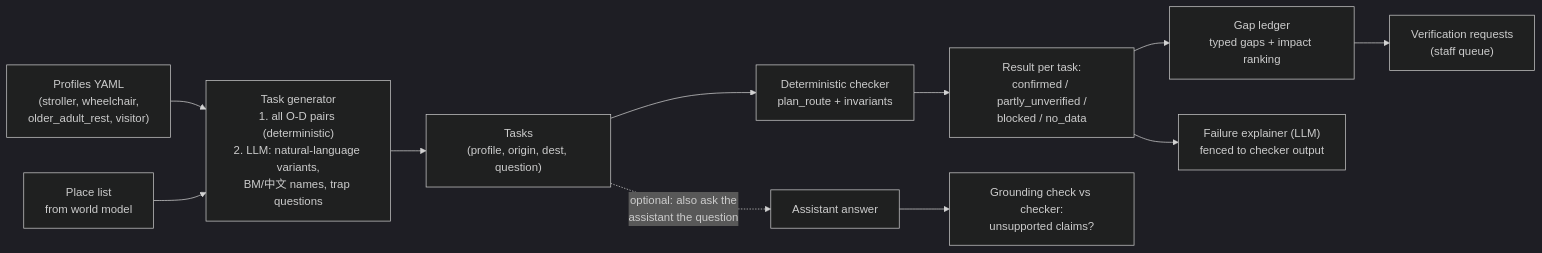
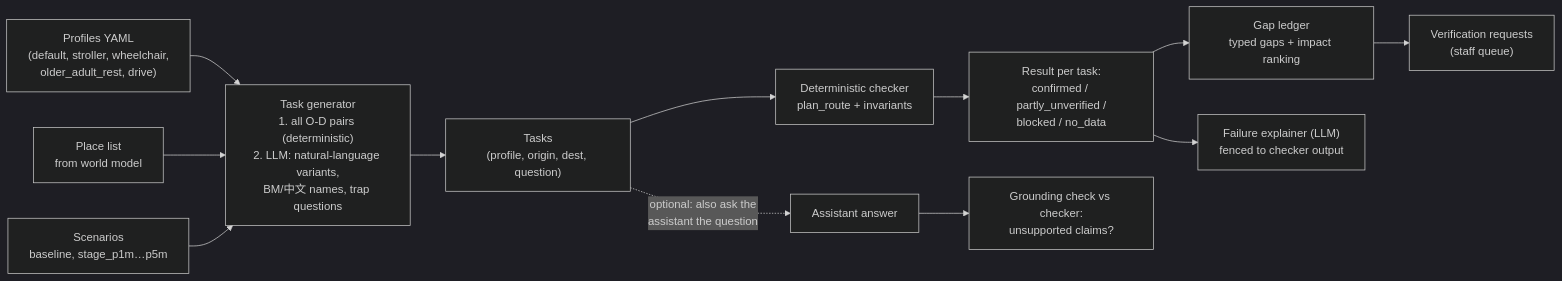
One commit to TIONYUNZHE2004/SunNewBee changed the diagram in docs/04-architecture/resident-agents-design.md. Above: the diagram before and after it, drawn with Mermaid (dark theme). The commit also changed other lines of this file and 38 other files, not shown here.

````diff
--- a/docs/04-architecture/resident-agents-design.md
+++ b/docs/04-architecture/resident-agents-design.md
@@ -17,13 +17,14 @@
 ```mermaid
 flowchart LR
-  P["Profiles YAML<br/>(stroller, wheelchair,<br/>older_adult_rest, visitor)"] --> TG
+  P["Profiles YAML<br/>(default, stroller, wheelchair,<br/>older_adult_rest, drive)"] --> TG
   PL["Place list<br/>from world model"] --> TG
+  SCN["Scenarios<br/>baseline, stage_p1m…p5m"] --> TG
   TG["Task generator<br/>1. all O-D pairs (deterministic)<br/>2. LLM: natural-language variants,<br/>BM/中文 names, trap questions"] --> T["Tasks<br/>(profile, origin, dest, question)"]
   T --> CK["Deterministic checker<br/>plan_route + invariants"]
   CK --> R["Result per task:<br/>confirmed / partly_unverified /<br/>blocked / no_data"]
   R --> GL["Gap ledger<br/>typed gaps + impact ranking"]
   R --> EX["Failure explainer (LLM)<br/>fenced to checker output"]
   T -. "optional: also ask the<br/>assistant the question" .-> AS["Assistant answer"]
   AS --> GC["Grounding check vs checker:<br/>unsupported claims?"]
   GL --> VR["Verification requests<br/>(staff queue)"]
 ```
````
